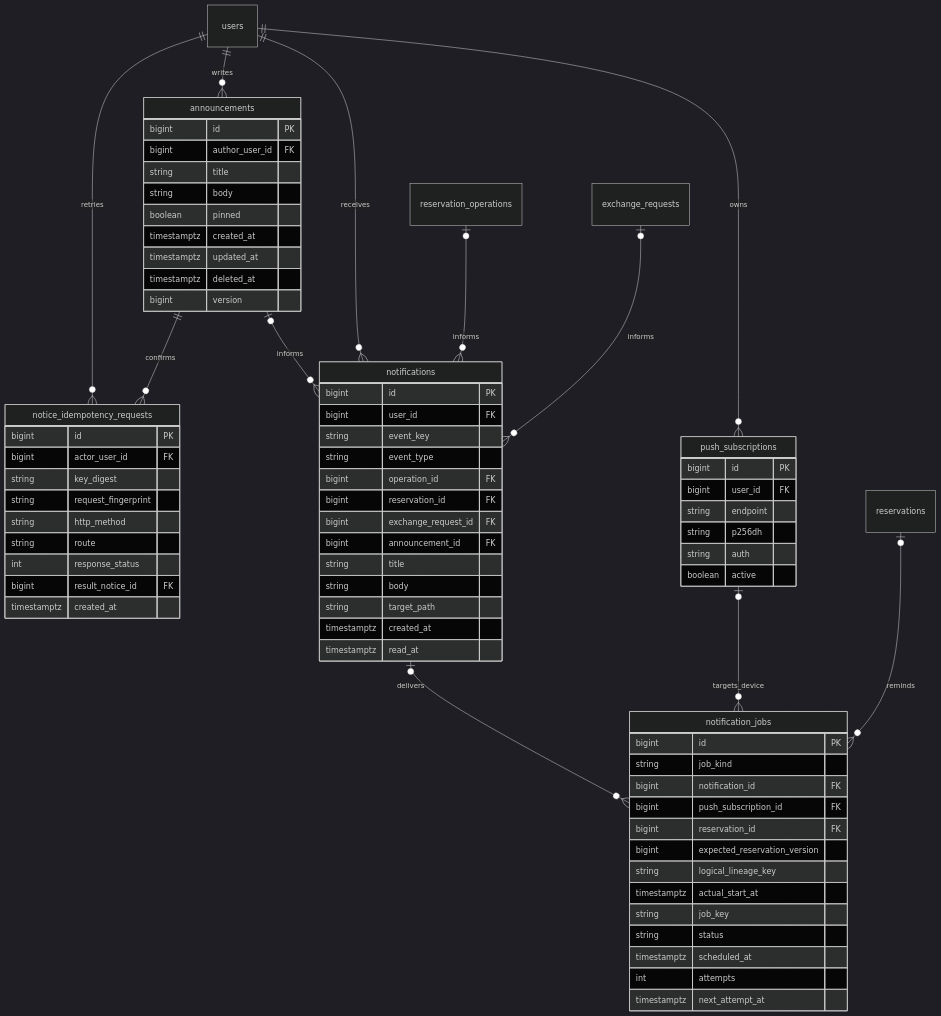
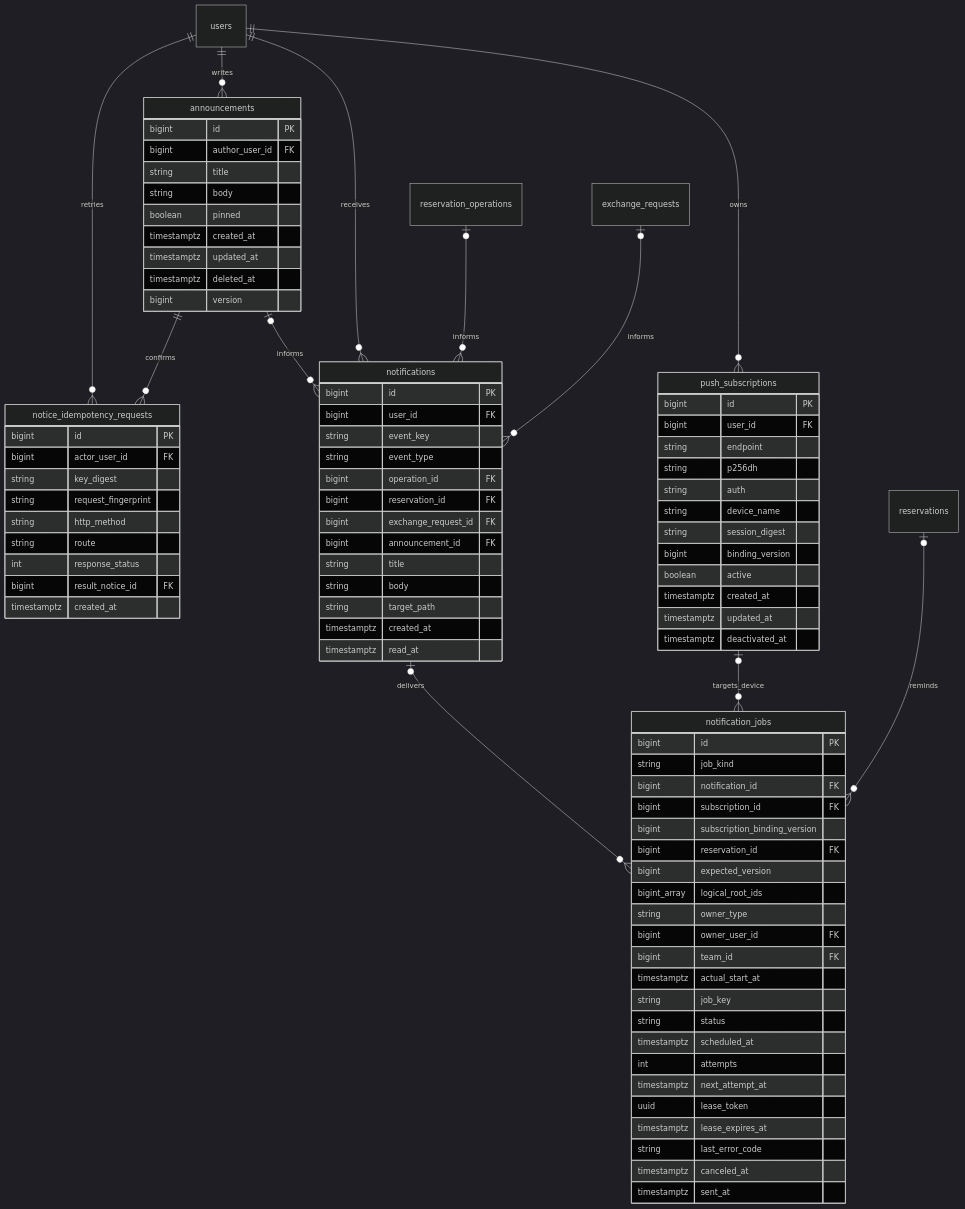
The third of 3 diagrams in docs/ERD.md (developer-sw/jeongeum-band-scheduler), drawn with Mermaid (dark theme) before and after one commit. The commit also changed other lines of this file and 70 other files, not shown here.

Commit message:
feat: add device Web Push and rehearsal start reminders

````diff
--- a/docs/ERD.md
+++ b/docs/ERD.md
@@ -259,16 +259,25 @@
         bigint id PK
         string job_kind
         bigint notification_id FK
-        bigint push_subscription_id FK
+        bigint subscription_id FK
+        bigint subscription_binding_version
         bigint reservation_id FK
-        bigint expected_reservation_version
-        string logical_lineage_key
+        bigint expected_version
+        bigint_array logical_root_ids
+        string owner_type
+        bigint owner_user_id FK
+        bigint team_id FK
         timestamptz actual_start_at
         string job_key
         string status
         timestamptz scheduled_at
         int attempts
         timestamptz next_attempt_at
+        uuid lease_token
+        timestamptz lease_expires_at
+        string last_error_code
+        timestamptz canceled_at
+        timestamptz sent_at
     }
     push_subscriptions {
         bigint id PK
@@ -276,6 +285,12 @@
         string endpoint
         string p256dh
         string auth
+        string device_name
+        string session_digest
+        bigint binding_version
         boolean active
+        timestamptz created_at
+        timestamptz updated_at
+        timestamptz deactivated_at
     }
 ```
````
